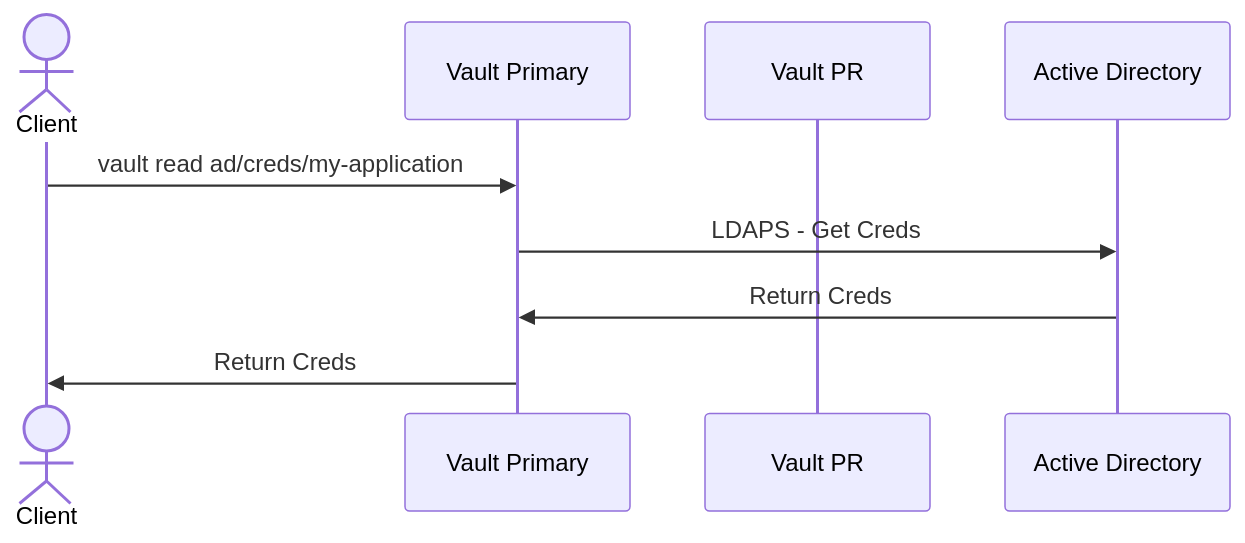
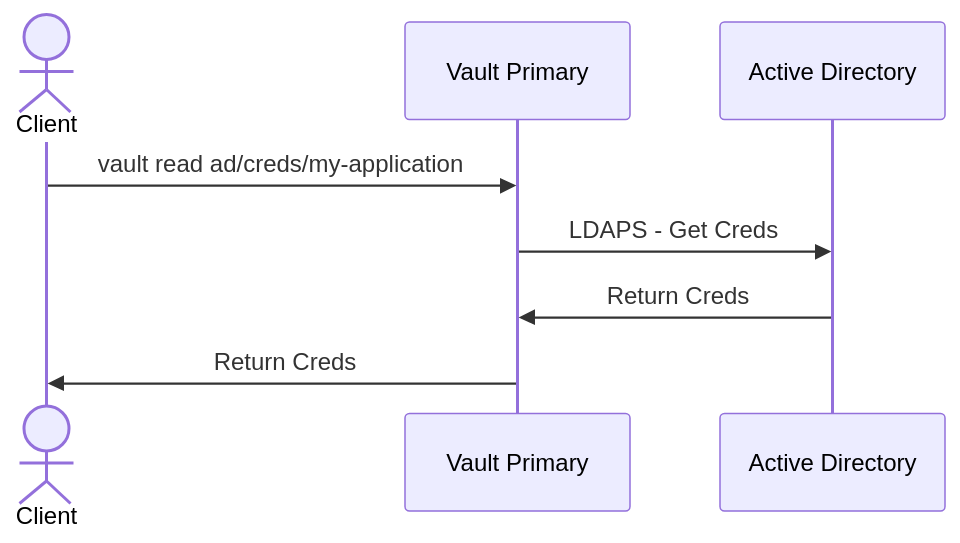
The first of 2 diagrams in README.md (tallen-hashicorp/vault-pr-ad-testing), drawn with Mermaid before and after one commit.

Commit message:
PR is not in this one

````diff
--- a/README.md
+++ b/README.md
@@ -137,11 +137,10 @@
 ```mermaid
 sequenceDiagram
     actor c as Client
     participant vp as Vault Primary
-    participant vpr as Vault PR
     participant ad as Active Directory
     c->>vp: vault read ad/creds/my-application
     vp->>ad: LDAPS - Get Creds
     ad->>vp: Return Creds
     vp->>c: Return Creds
 ```
````
